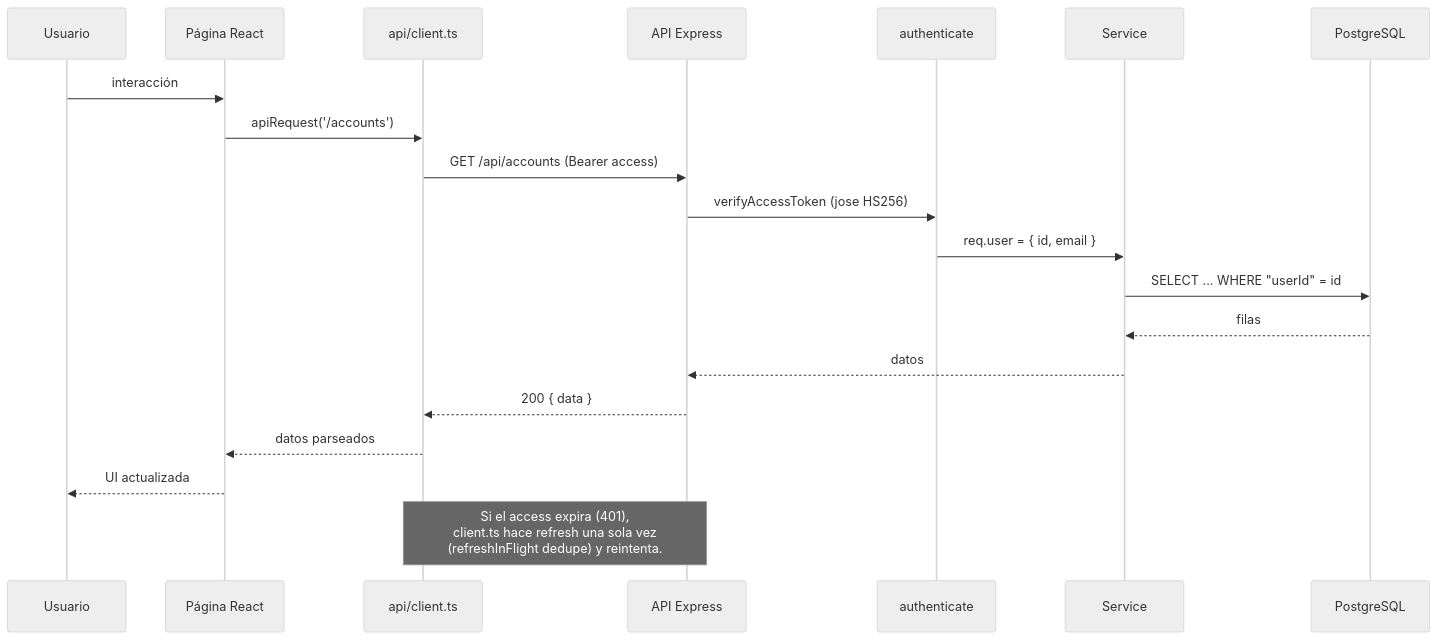
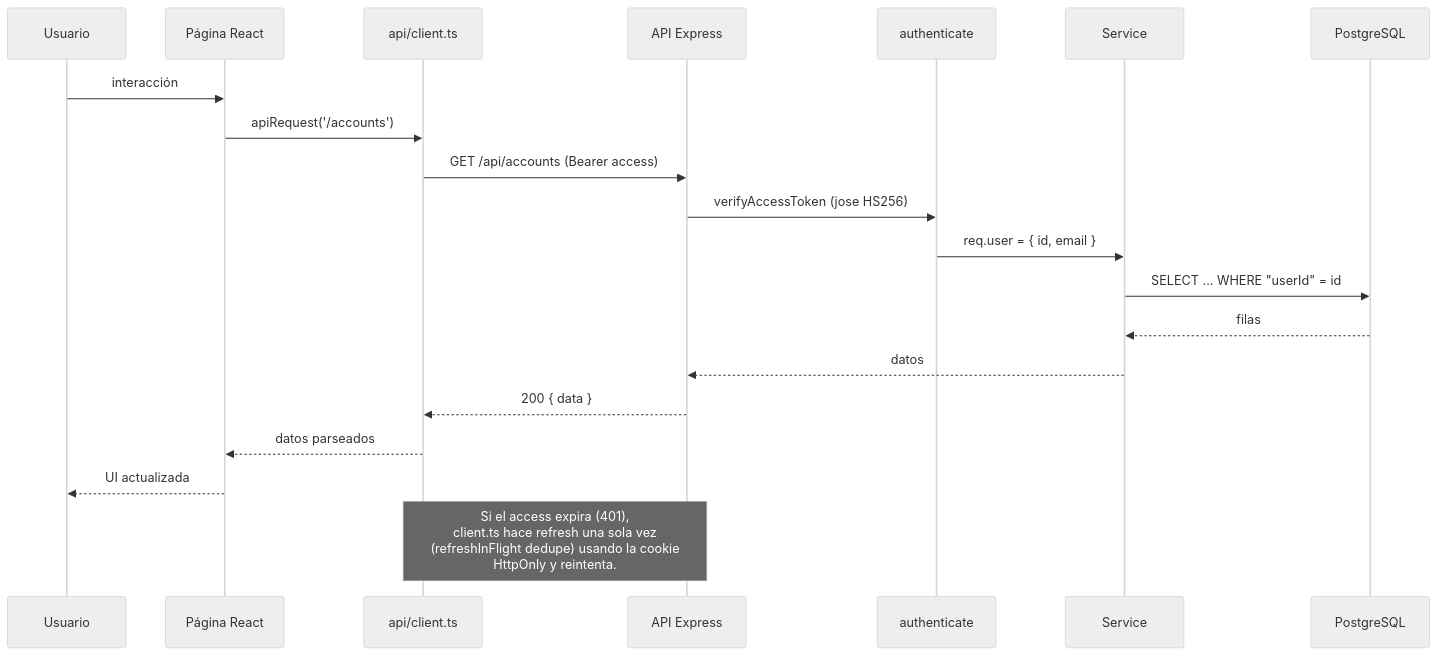
The fourth of 5 diagrams in DOCUMENTACION.md (RobinsonAG1/Aplicacion-finanzas), drawn with Mermaid (neutral theme) before and after one commit. The commit also changed other lines of this file, not shown here.

````diff
--- a/DOCUMENTACION.md
+++ b/DOCUMENTACION.md
@@ -172,24 +172,24 @@
 ```mermaid
 sequenceDiagram
   participant U as Usuario
   participant P as Página React
   participant C as api/client.ts
   participant A as API Express
   participant H as authenticate
   participant S as Service
   participant D as PostgreSQL
 
   U->>P: interacción
   P->>C: apiRequest('/accounts')
   C->>A: GET /api/accounts (Bearer access)
   A->>H: verifyAccessToken (jose HS256)
   H->>S: req.user = { id, email }
   S->>D: SELECT ... WHERE "userId" = id
   D-->>S: filas
   S-->>A: datos
   A-->>C: 200 { data }
   C-->>P: datos parseados
   P-->>U: UI actualizada
 
-  Note over C,A: Si el access expira (401),<br/>client.ts hace refresh una sola vez<br/>(refreshInFlight dedupe) y reintenta.
+  Note over C,A: Si el access expira (401),<br/>client.ts hace refresh una sola vez<br/>(refreshInFlight dedupe) usando la cookie<br/>HttpOnly y reintenta.
 ```
````
